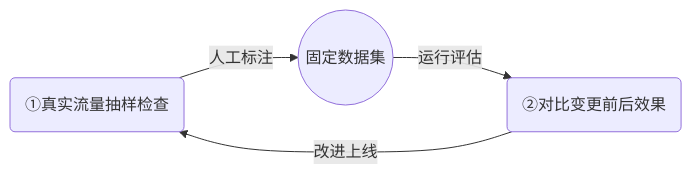
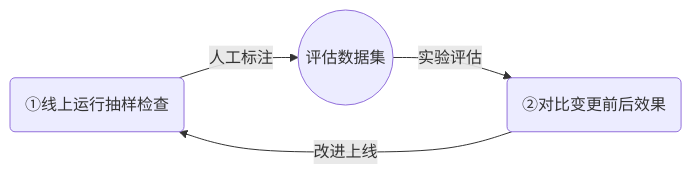
One commit to niean/n-agent changed the seventh of 8 diagrams in .harness/knowledge/06-domain-model.md. Above: the diagram before and after it, drawn with Mermaid. The commit also changed other lines of this file and 27 other files, not shown here.

````diff
--- a/.harness/knowledge/06-domain-model.md
+++ b/.harness/knowledge/06-domain-model.md
@@ -671,7 +671,7 @@
 ```mermaid
 %% align: left
 flowchart LR
-    A(①真实流量抽样检查) -->|人工标注| B((固定数据集))
-    B -->|运行评估| C(②对比变更前后效果)
+    A(①线上运行抽样检查) -->|人工标注| B((评估数据集))
+    B -->|实验评估| C(②对比变更前后效果)
     C -->|改进上线| A
 ```
````
